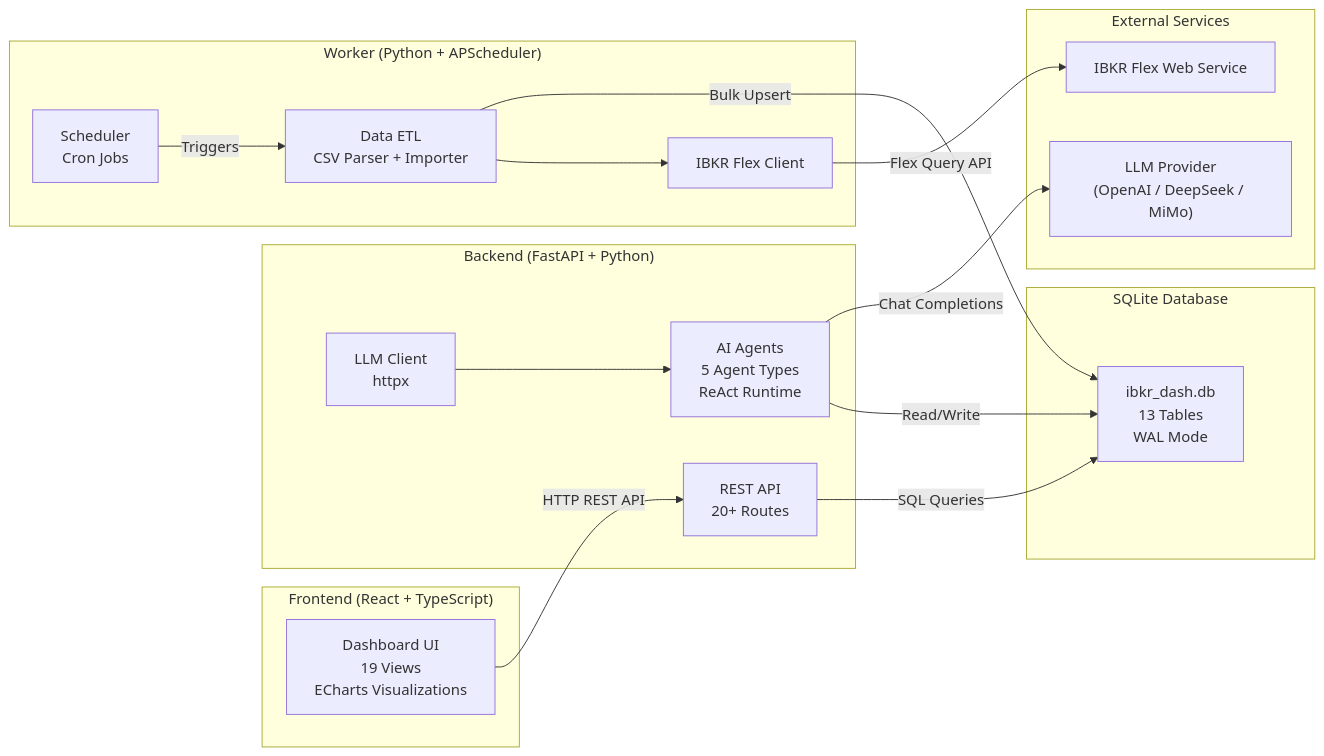
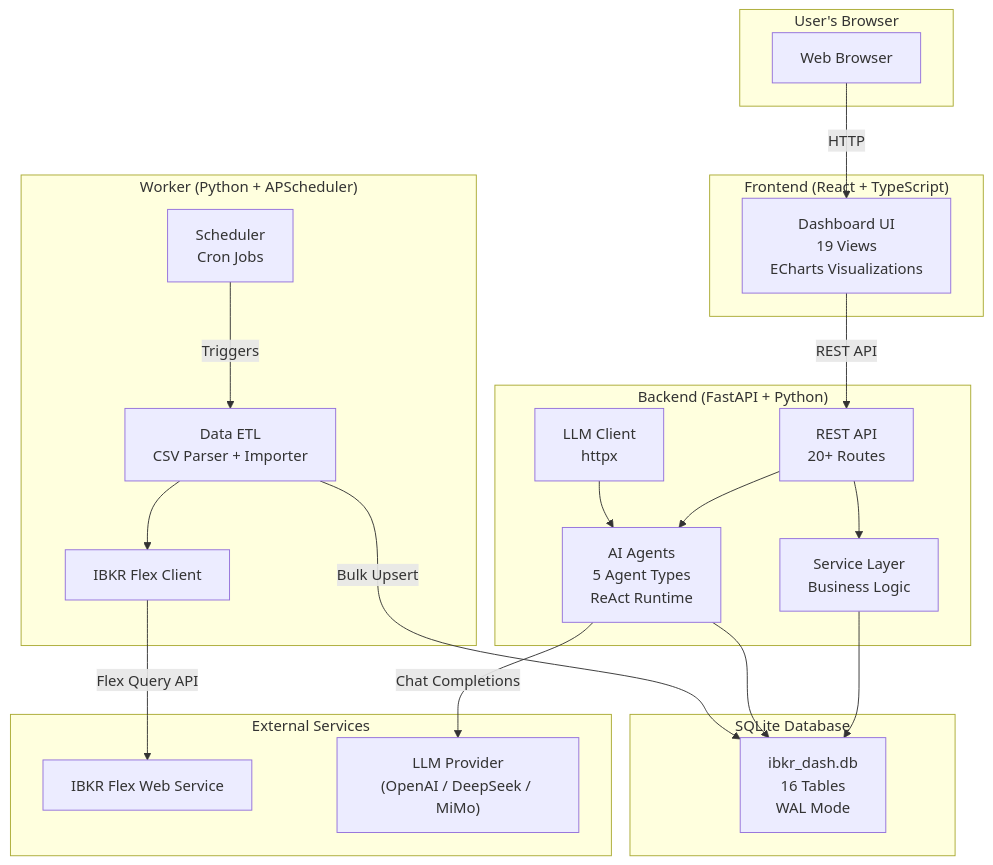
The first of 2 diagrams in wiki/docs/intro.md (XUranus/ibkr-dash), drawn with Mermaid before and after one commit. The commit also changed other lines of this file and 89 other files, not shown here.

First line of the commit message:
docs: enhance wiki with mermaid diagrams, code snippets, and i18n

````diff
--- a/wiki/docs/intro.md
+++ b/wiki/docs/intro.md
@@ -79,37 +99,45 @@
 ```mermaid
-graph LR
+graph TB
+    subgraph User ["User's Browser"]
+        Browser["Web Browser"]
+    end
+
     subgraph Frontend ["Frontend (React + TypeScript)"]
         UI["Dashboard UI<br/>19 Views<br/>ECharts Visualizations"]
     end
 
     subgraph Backend ["Backend (FastAPI + Python)"]
         API["REST API<br/>20+ Routes"]
+        Services["Service Layer<br/>Business Logic"]
         Agents["AI Agents<br/>5 Agent Types<br/>ReAct Runtime"]
         LLMClient["LLM Client<br/>httpx"]
     end
 
     subgraph Worker ["Worker (Python + APScheduler)"]
         ETL["Data ETL<br/>CSV Parser + Importer"]
         Scheduler["Scheduler<br/>Cron Jobs"]
         FlexClient["IBKR Flex Client"]
     end
 
     subgraph Storage ["SQLite Database"]
-        DB["ibkr_dash.db<br/>13 Tables<br/>WAL Mode"]
+        DB["ibkr_dash.db<br/>16 Tables<br/>WAL Mode"]
     end
 
     subgraph External ["External Services"]
         IBKR["IBKR Flex Web Service"]
         LLM["LLM Provider<br/>(OpenAI / DeepSeek / MiMo)"]
     end
 
-    UI -- "HTTP REST API" --> API
-    API -- "SQL Queries" --> DB
+    Browser -- "HTTP" --> UI
+    UI -- "REST API" --> API
+    API --> Services
+    API --> Agents
+    Services --> DB
+    Agents --> DB
+    Agents -- "Chat Completions" --> LLM
+    LLMClient --> Agents
+    Scheduler -- "Triggers" --> ETL
+    ETL --> FlexClient
+    FlexClient -- "Flex Query API" --> IBKR
     ETL -- "Bulk Upsert" --> DB
-    Scheduler -- "Triggers" --> ETL
-    FlexClient -- "Flex Query API" --> IBKR
-    ETL --> FlexClient
-    Agents -- "Chat Completions" --> LLM
-    Agents -- "Read/Write" --> DB
-    LLMClient --> Agents
 ```
````
